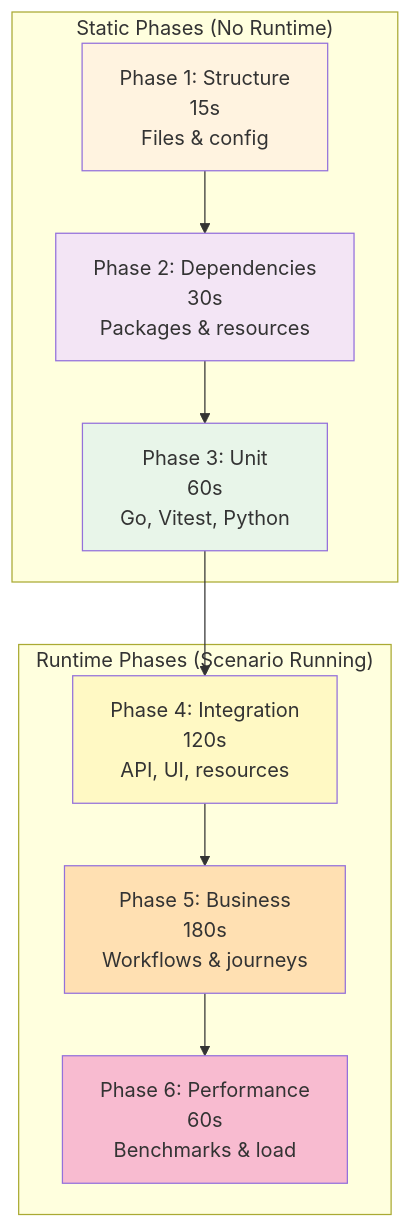
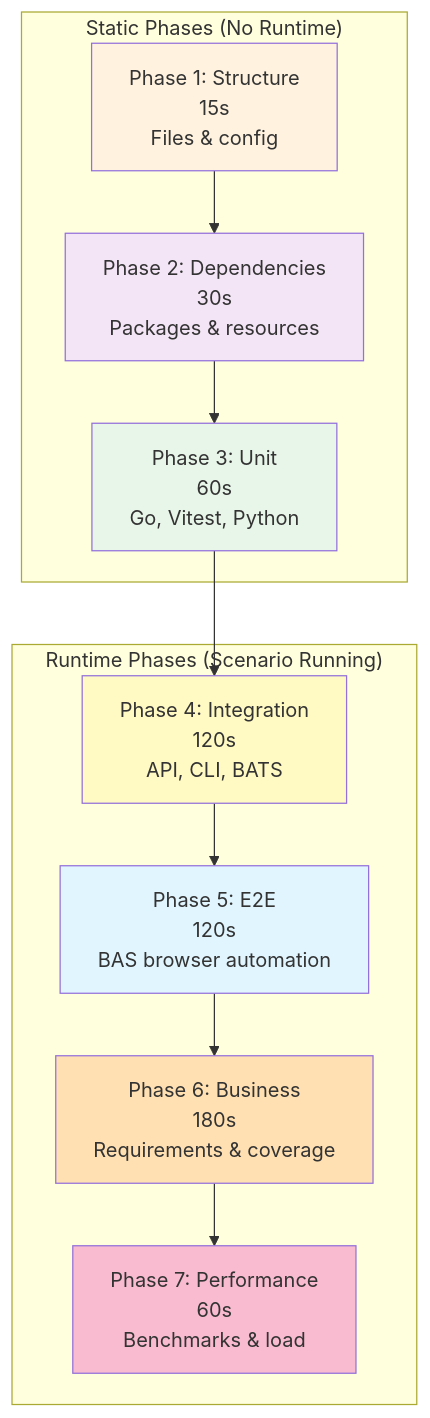
One commit to Vrooli/Vrooli changed the diagram in scenarios/test-genie/docs/guides/phased-testing.md. Above: the diagram before and after it, drawn with Mermaid. The commit also changed other lines of this file and 27 other files, not shown here.

````diff
--- a/scenarios/test-genie/docs/guides/phased-testing.md
+++ b/scenarios/test-genie/docs/guides/phased-testing.md
@@ -11,27 +11,30 @@
 ```mermaid
 graph TB
     subgraph "Static Phases (No Runtime)"
         P1[Phase 1: Structure<br/>15s<br/>Files & config]
         P2[Phase 2: Dependencies<br/>30s<br/>Packages & resources]
         P3[Phase 3: Unit<br/>60s<br/>Go, Vitest, Python]
     end
 
     subgraph "Runtime Phases (Scenario Running)"
-        P4[Phase 4: Integration<br/>120s<br/>API, UI, resources]
-        P5[Phase 5: Business<br/>180s<br/>Workflows & journeys]
-        P6[Phase 6: Performance<br/>60s<br/>Benchmarks & load]
+        P4[Phase 4: Integration<br/>120s<br/>API, CLI, BATS]
+        P5[Phase 5: E2E<br/>120s<br/>BAS browser automation]
+        P6[Phase 6: Business<br/>180s<br/>Requirements & coverage]
+        P7[Phase 7: Performance<br/>60s<br/>Benchmarks & load]
     end
 
     P1 --> P2
     P2 --> P3
     P3 --> P4
     P4 --> P5
     P5 --> P6
+    P6 --> P7
 
     style P1 fill:#fff3e0
     style P2 fill:#f3e5f5
     style P3 fill:#e8f5e9
     style P4 fill:#fff9c4
-    style P5 fill:#ffe0b2
-    style P6 fill:#f8bbd0
+    style P5 fill:#e1f5fe
+    style P6 fill:#ffe0b2
+    style P7 fill:#f8bbd0
 ```
````
